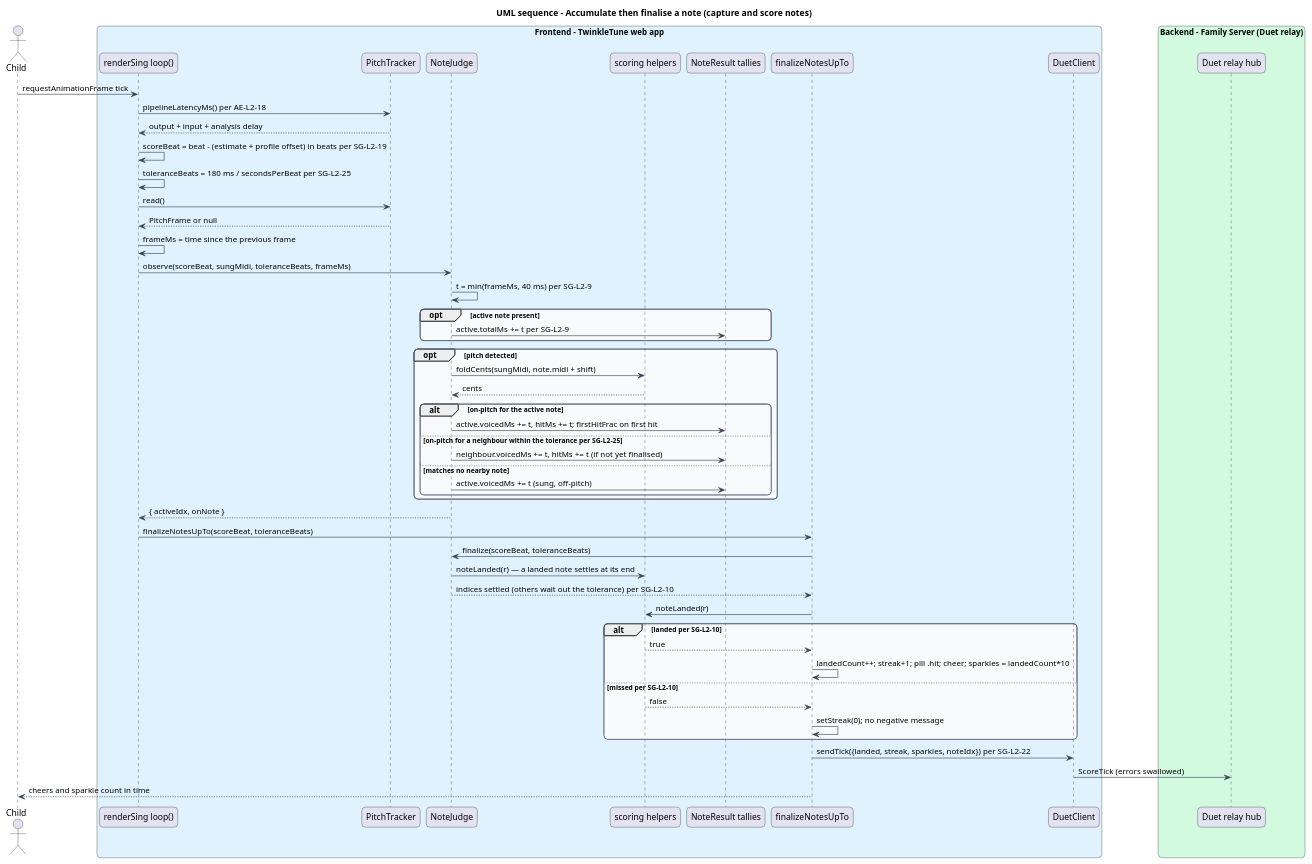
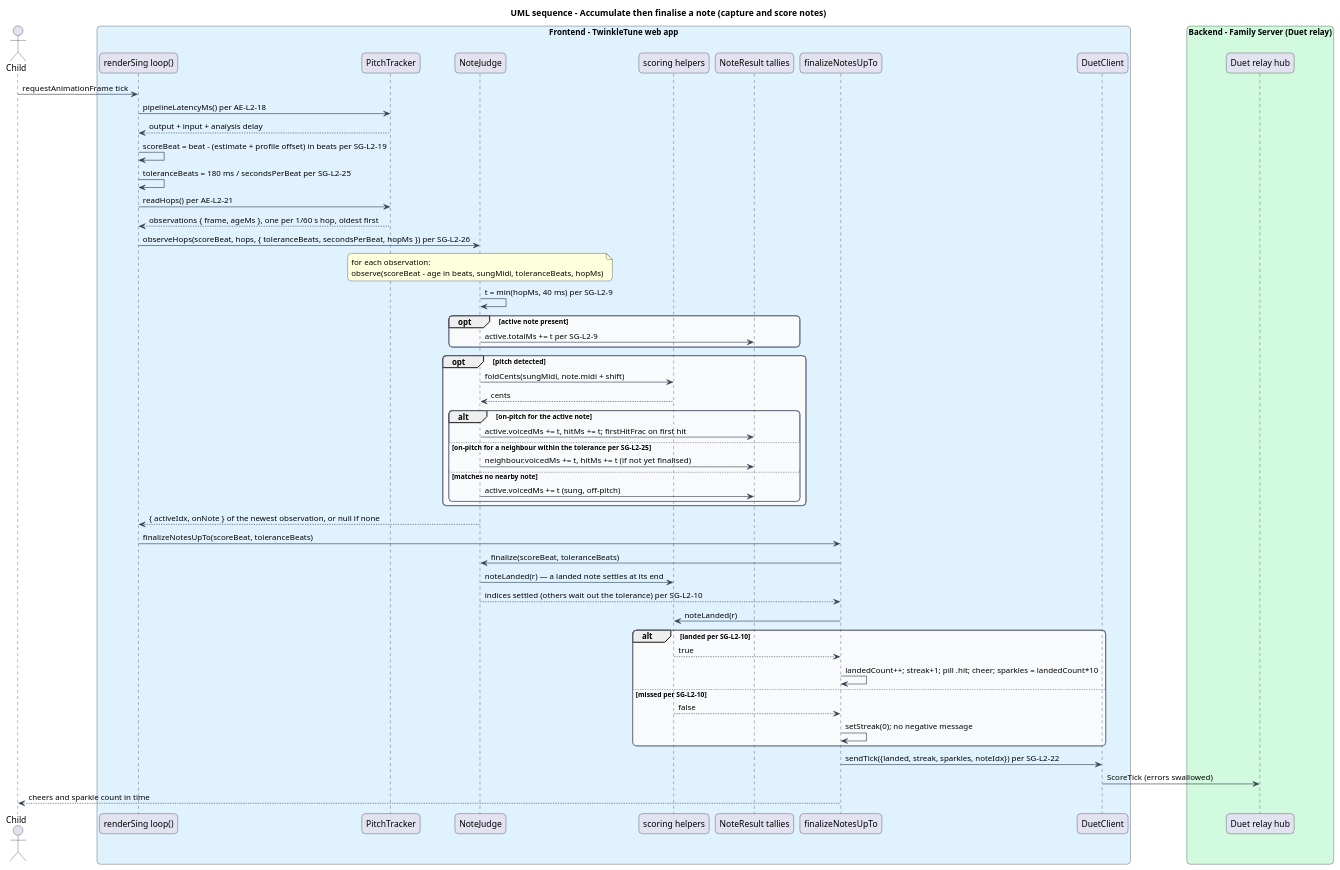
The diagram in docs/detailed-designs/singing-gameplay/capture-and-score-notes/diagrams/sequence-accumulate-and-finalise.puml (QuinntyneBrown/TwinkleTune), drawn with PlantUML before and after one commit. The commit also changed 17 other files, not shown here.

```diff
--- a/docs/detailed-designs/singing-gameplay/capture-and-score-notes/diagrams/sequence-accumulate-and-finalise.puml
+++ b/docs/detailed-designs/singing-gameplay/capture-and-score-notes/diagrams/sequence-accumulate-and-finalise.puml
@@ -1,71 +1,71 @@
 @startuml
 title UML sequence - Accumulate then finalise a note (capture and score notes)
 skinparam backgroundColor #FFFFFF
 skinparam shadowing false
 skinparam roundcorner 12
 skinparam defaultFontName Arial
 skinparam ArrowColor #344054
 skinparam rectangle {
   BorderColor #344054
   FontColor #101828
 }
 skinparam package {
   BorderColor #667085
   FontColor #101828
   BackgroundColor #F9FAFB
 }
 actor "Child" as child
 box "Frontend - TwinkleTune web app" #E0F2FE
   participant "renderSing loop()" as rloop
   participant "PitchTracker" as tracker
   participant "NoteJudge" as judge
   participant "scoring helpers" as scoring
   participant "NoteResult tallies" as results
   participant "finalizeNotesUpTo" as finalize
   participant "DuetClient" as duet
 end box
 box "Backend - Family Server (Duet relay)" #D1FADF
   participant "Duet relay hub" as hub
 end box
 
 child -> rloop : requestAnimationFrame tick
 rloop -> tracker : pipelineLatencyMs() per AE-L2-18
 tracker --> rloop : output + input + analysis delay
 rloop -> rloop : scoreBeat = beat - (estimate + profile offset) in beats per SG-L2-19
 rloop -> rloop : toleranceBeats = 180 ms / secondsPerBeat per SG-L2-25
-rloop -> tracker : read()
-tracker --> rloop : PitchFrame or null
-rloop -> rloop : frameMs = time since the previous frame
-rloop -> judge : observe(scoreBeat, sungMidi, toleranceBeats, frameMs)
-judge -> judge : t = min(frameMs, 40 ms) per SG-L2-9
+rloop -> tracker : readHops() per AE-L2-21
+tracker --> rloop : observations { frame, ageMs }, one per 1/60 s hop, oldest first
+rloop -> judge : observeHops(scoreBeat, hops, { toleranceBeats, secondsPerBeat, hopMs }) per SG-L2-26
+note over judge : for each observation:\nobserve(scoreBeat - age in beats, sungMidi, toleranceBeats, hopMs)
+judge -> judge : t = min(hopMs, 40 ms) per SG-L2-9
 opt active note present
   judge -> results : active.totalMs += t per SG-L2-9
 end
 opt pitch detected
   judge -> scoring : foldCents(sungMidi, note.midi + shift)
   scoring --> judge : cents
   alt on-pitch for the active note
     judge -> results : active.voicedMs += t, hitMs += t; firstHitFrac on first hit
   else on-pitch for a neighbour within the tolerance per SG-L2-25
     judge -> results : neighbour.voicedMs += t, hitMs += t (if not yet finalised)
   else matches no nearby note
     judge -> results : active.voicedMs += t (sung, off-pitch)
   end
 end
-judge --> rloop : { activeIdx, onNote }
+judge --> rloop : { activeIdx, onNote } of the newest observation, or null if none
 rloop -> finalize : finalizeNotesUpTo(scoreBeat, toleranceBeats)
 finalize -> judge : finalize(scoreBeat, toleranceBeats)
 judge -> scoring : noteLanded(r) — a landed note settles at its end
 judge --> finalize : indices settled (others wait out the tolerance) per SG-L2-10
 finalize -> scoring : noteLanded(r)
 alt landed per SG-L2-10
   scoring --> finalize : true
   finalize -> finalize : landedCount++; streak+1; pill .hit; cheer; sparkles = landedCount*10
 else missed per SG-L2-10
   scoring --> finalize : false
   finalize -> finalize : setStreak(0); no negative message
 end
 finalize -> duet : sendTick({landed, streak, sparkles, noteIdx}) per SG-L2-22
 duet -> hub : ScoreTick (errors swallowed)
 finalize --> child : cheers and sparkle count in time
 @enduml
```
